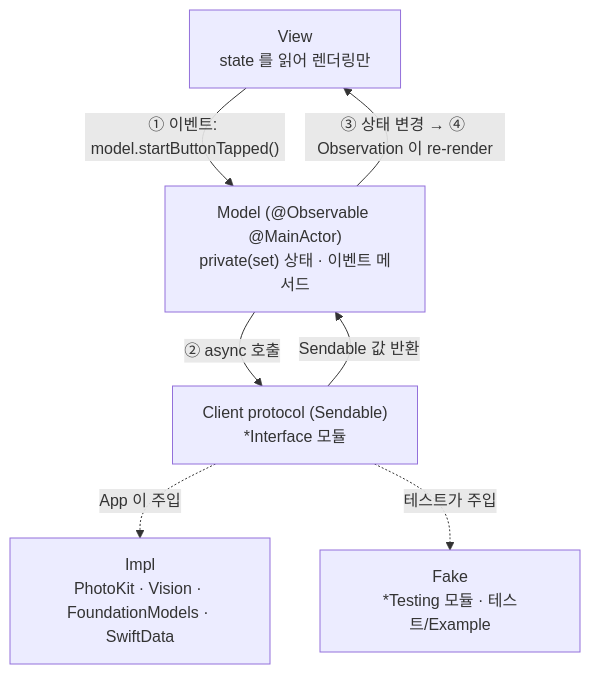
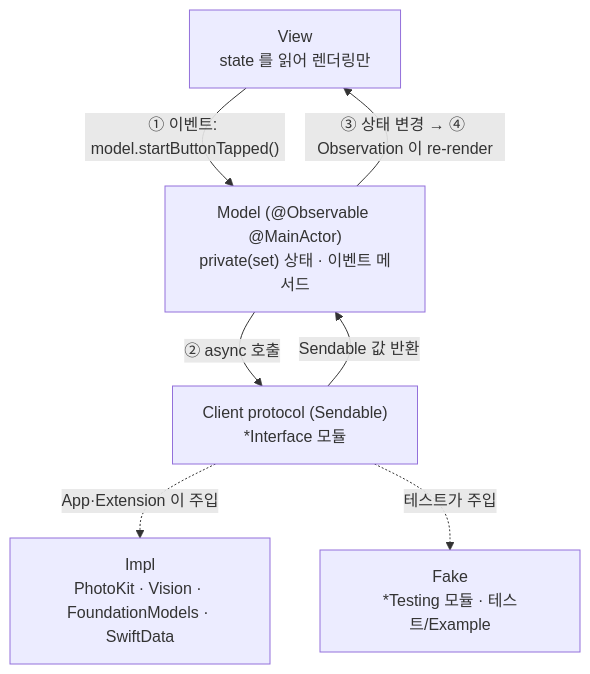
One commit to zopandagom/snapsort-ios changed the first of 2 diagrams in docs/ARCHITECTURE.md. Above: the diagram before and after it, drawn with Mermaid. The commit also changed other lines of this file and 3 other files, not shown here.

````diff
--- a/docs/ARCHITECTURE.md
+++ b/docs/ARCHITECTURE.md
@@ -10,15 +10,15 @@
 ```mermaid
 flowchart TD
     View["View<br/>state 를 읽어 렌더링만"]
     Model["Model (@Observable @MainActor)<br/>private(set) 상태 · 이벤트 메서드"]
     Client["Client protocol (Sendable)<br/>*Interface 모듈"]
     Impl["Impl<br/>PhotoKit · Vision · FoundationModels · SwiftData"]
     Fake["Fake<br/>*Testing 모듈 · 테스트/Example"]
 
     View -- "① 이벤트: model.startButtonTapped()" --> Model
     Model -- "② async 호출" --> Client
-    Client -. App 이 주입 .-> Impl
+    Client -. App·Extension 이 주입 .-> Impl
     Client -. 테스트가 주입 .-> Fake
     Client -- "Sendable 값 반환" --> Model
     Model -- "③ 상태 변경 → ④ Observation 이 re-render" --> View
 ```
````
